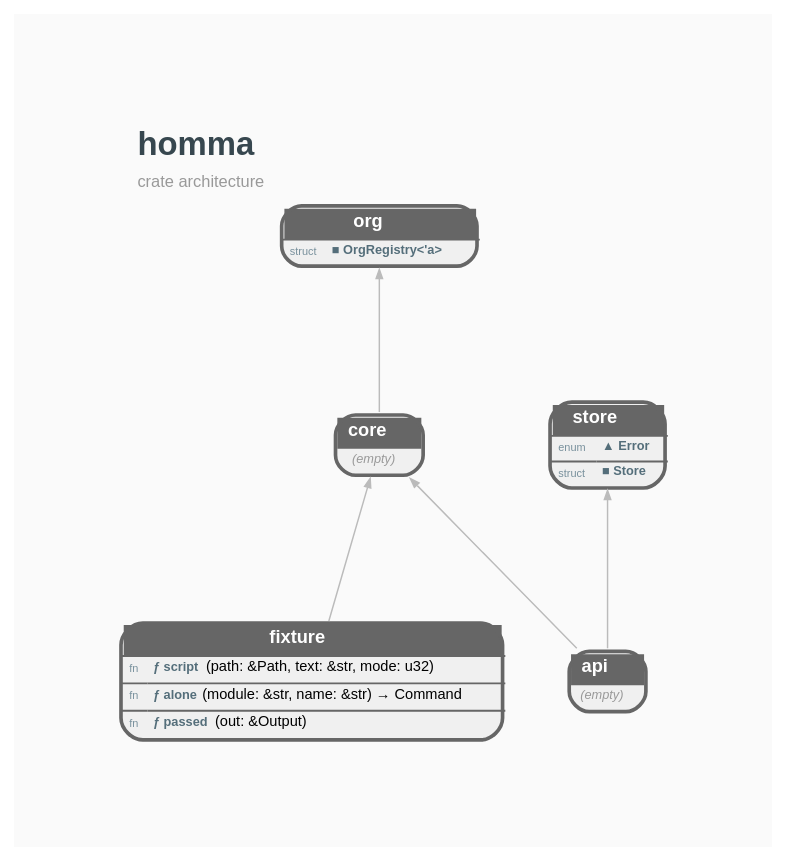
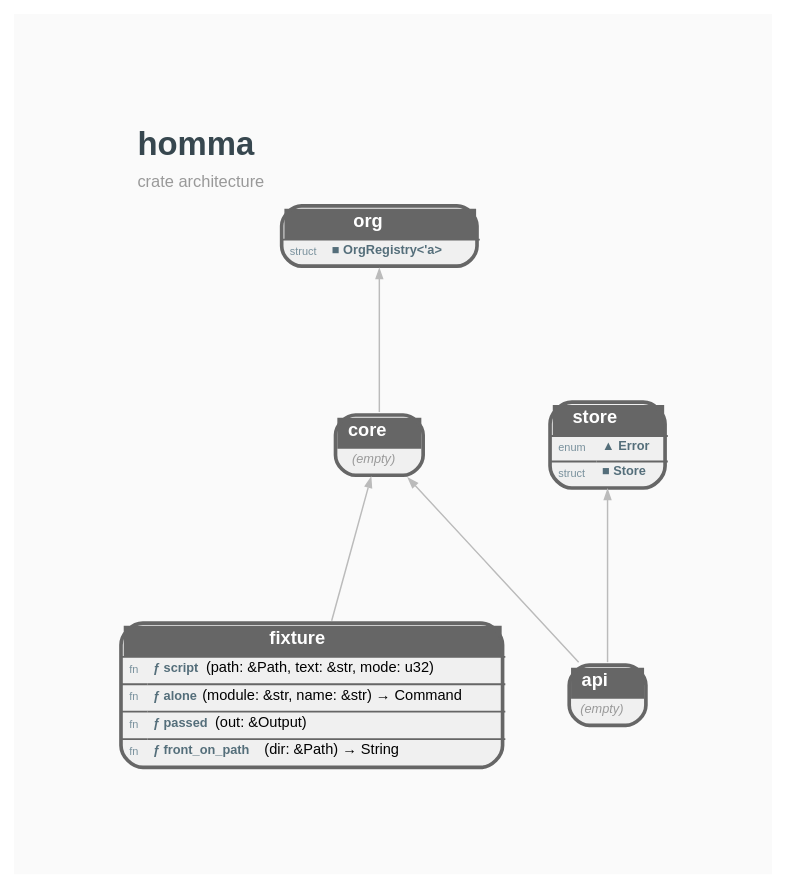
The diagram in docs/STRUCTURE.GRAPH.dot (orgrinrt/homma), drawn with Graphviz before and after one commit. The commit also changed 3 other files, not shown here.

```diff
--- a/docs/STRUCTURE.GRAPH.dot
+++ b/docs/STRUCTURE.GRAPH.dot
@@ -1,37 +1,37 @@
 // AUTO-GENERATED: DO NOT EDIT DIRECTLY
 //
 // Generated by: mockspace (mock)
-// Generated at: 2026-11-26T18:02:47Z
+// Generated at: 2026-11-27T03:19:57Z
 // Source: mock/
 // To regenerate: cargo mock
 
 digraph "homma" {
     rankdir=BT;
     newrank=true;
     bgcolor="#FAFAFA";
     graph [fontname="Helvetica", fontsize=10, pad=0.8, nodesep=0.4, ranksep=1.0];
     node [fontname="Helvetica", fontsize=8];
     edge [fontname="Helvetica", fontsize=7, color="#BBBBBB", arrowsize=0.5, penwidth=0.8];
 
     labelloc=t;
     labeljust=l;
     label=<<TABLE BORDER="0" CELLBORDER="0" CELLSPACING="0"><TR><TD ALIGN="LEFT"><FONT POINT-SIZE="18" COLOR="#37474F"><B>homma</B></FONT></TD></TR><TR><TD ALIGN="LEFT"><FONT POINT-SIZE="9" COLOR="#999999">crate architecture</FONT></TD></TR></TABLE>>;
 
     homma_api [shape=none, margin=0, label=<<TABLE BORDER="2" CELLBORDER="0" CELLSPACING="0" CELLPADDING="3" BGCOLOR="#F0F0F0" COLOR="#666666" STYLE="ROUNDED"><TR><TD COLSPAN="2" BGCOLOR="#666666" ALIGN="CENTER"><FONT COLOR="white" POINT-SIZE="10"><B>  api  </B></FONT></TD></TR><TR><TD COLSPAN="2"><FONT COLOR="#999999" POINT-SIZE="7"><I>(empty)</I></FONT></TD></TR></TABLE>>];
     homma_core [shape=none, margin=0, label=<<TABLE BORDER="2" CELLBORDER="0" CELLSPACING="0" CELLPADDING="3" BGCOLOR="#F0F0F0" COLOR="#666666" STYLE="ROUNDED"><TR><TD COLSPAN="2" BGCOLOR="#666666" ALIGN="CENTER"><FONT COLOR="white" POINT-SIZE="10"><B>  core  </B></FONT></TD></TR><TR><TD COLSPAN="2"><FONT COLOR="#999999" POINT-SIZE="7"><I>(empty)</I></FONT></TD></TR></TABLE>>];
-    homma_fixture [shape=none, margin=0, label=<<TABLE BORDER="2" CELLBORDER="0" CELLSPACING="0" CELLPADDING="3" BGCOLOR="#F0F0F0" COLOR="#666666" STYLE="ROUNDED"><TR><TD COLSPAN="2" BGCOLOR="#666666" ALIGN="CENTER"><FONT COLOR="white" POINT-SIZE="10"><B>  fixture  </B></FONT></TD></TR><HR/><TR><TD ALIGN="LEFT"><FONT COLOR="#78909C" POINT-SIZE="6">fn</FONT></TD><TD ALIGN="LEFT" PORT="p_script"><FONT COLOR="#546E7A" POINT-SIZE="7"><B>ƒ script</B></FONT>(path: &amp;Path, text: &amp;str, mode: u32)</TD></TR><HR/><TR><TD ALIGN="LEFT"><FONT COLOR="#78909C" POINT-SIZE="6">fn</FONT></TD><TD ALIGN="LEFT" PORT="p_alone"><FONT COLOR="#546E7A" POINT-SIZE="7"><B>ƒ alone</B></FONT>(module: &amp;str, name: &amp;str) → Command</TD></TR><HR/><TR><TD ALIGN="LEFT"><FONT COLOR="#78909C" POINT-SIZE="6">fn</FONT></TD><TD ALIGN="LEFT" PORT="p_passed"><FONT COLOR="#546E7A" POINT-SIZE="7"><B>ƒ passed</B></FONT>(out: &amp;Output)</TD></TR></TABLE>>];
+    homma_fixture [shape=none, margin=0, label=<<TABLE BORDER="2" CELLBORDER="0" CELLSPACING="0" CELLPADDING="3" BGCOLOR="#F0F0F0" COLOR="#666666" STYLE="ROUNDED"><TR><TD COLSPAN="2" BGCOLOR="#666666" ALIGN="CENTER"><FONT COLOR="white" POINT-SIZE="10"><B>  fixture  </B></FONT></TD></TR><HR/><TR><TD ALIGN="LEFT"><FONT COLOR="#78909C" POINT-SIZE="6">fn</FONT></TD><TD ALIGN="LEFT" PORT="p_script"><FONT COLOR="#546E7A" POINT-SIZE="7"><B>ƒ script</B></FONT>(path: &amp;Path, text: &amp;str, mode: u32)</TD></TR><HR/><TR><TD ALIGN="LEFT"><FONT COLOR="#78909C" POINT-SIZE="6">fn</FONT></TD><TD ALIGN="LEFT" PORT="p_alone"><FONT COLOR="#546E7A" POINT-SIZE="7"><B>ƒ alone</B></FONT>(module: &amp;str, name: &amp;str) → Command</TD></TR><HR/><TR><TD ALIGN="LEFT"><FONT COLOR="#78909C" POINT-SIZE="6">fn</FONT></TD><TD ALIGN="LEFT" PORT="p_passed"><FONT COLOR="#546E7A" POINT-SIZE="7"><B>ƒ passed</B></FONT>(out: &amp;Output)</TD></TR><HR/><TR><TD ALIGN="LEFT"><FONT COLOR="#78909C" POINT-SIZE="6">fn</FONT></TD><TD ALIGN="LEFT" PORT="p_front_on_path"><FONT COLOR="#546E7A" POINT-SIZE="7"><B>ƒ front_on_path</B></FONT>(dir: &amp;Path) → String</TD></TR></TABLE>>];
     homma_org [shape=none, margin=0, label=<<TABLE BORDER="2" CELLBORDER="0" CELLSPACING="0" CELLPADDING="3" BGCOLOR="#F0F0F0" COLOR="#666666" STYLE="ROUNDED"><TR><TD COLSPAN="2" BGCOLOR="#666666" ALIGN="CENTER"><FONT COLOR="white" POINT-SIZE="10"><B>  org  </B></FONT></TD></TR><HR/><TR><TD ALIGN="LEFT"><FONT COLOR="#78909C" POINT-SIZE="6">struct</FONT></TD><TD ALIGN="LEFT" PORT="p_OrgRegistry"><FONT COLOR="#546E7A" POINT-SIZE="7"><B>■ OrgRegistry&lt;'a&gt;</B></FONT></TD></TR></TABLE>>];
     homma_store [shape=none, margin=0, label=<<TABLE BORDER="2" CELLBORDER="0" CELLSPACING="0" CELLPADDING="3" BGCOLOR="#F0F0F0" COLOR="#666666" STYLE="ROUNDED"><TR><TD COLSPAN="2" BGCOLOR="#666666" ALIGN="CENTER"><FONT COLOR="white" POINT-SIZE="10"><B>  store  </B></FONT></TD></TR><HR/><TR><TD ALIGN="LEFT"><FONT COLOR="#78909C" POINT-SIZE="6">enum</FONT></TD><TD ALIGN="LEFT" PORT="p_Error"><FONT COLOR="#546E7A" POINT-SIZE="7"><B>▲ Error</B></FONT></TD></TR><HR/><TR><TD ALIGN="LEFT"><FONT COLOR="#78909C" POINT-SIZE="6">struct</FONT></TD><TD ALIGN="LEFT" PORT="p_Store"><FONT COLOR="#546E7A" POINT-SIZE="7"><B>■ Store</B></FONT></TD></TR></TABLE>>];
 
     { rank=same; homma_api; homma_fixture; } // depth 0
     { rank=same; homma_core; homma_store; } // depth 1
     { rank=same; homma_org; } // depth 2
 
 
     // Dependency edges (transitively reduced)
     homma_api -> homma_core;
     homma_fixture -> homma_core;
     homma_core -> homma_org;
     homma_api -> homma_store;
 
 }
```
